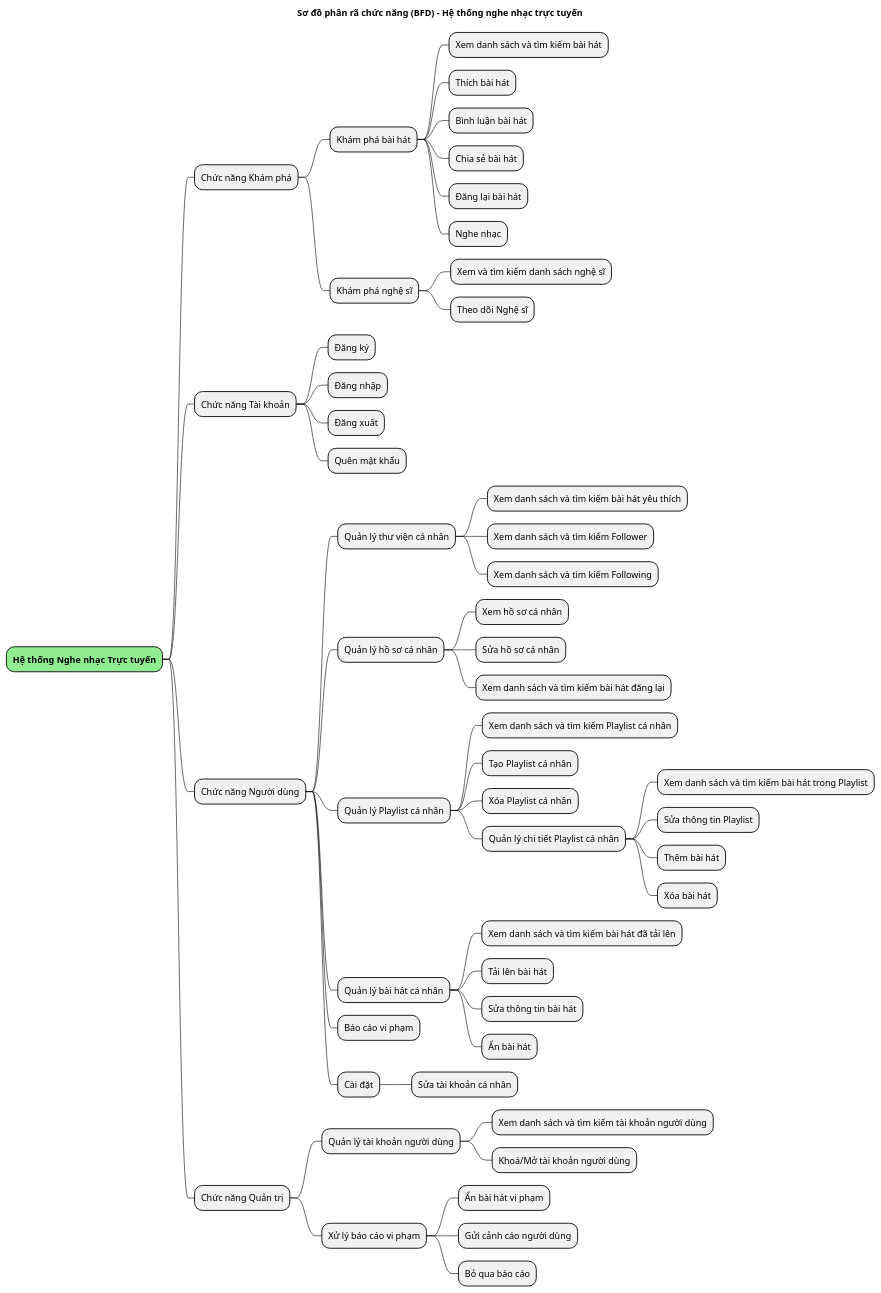
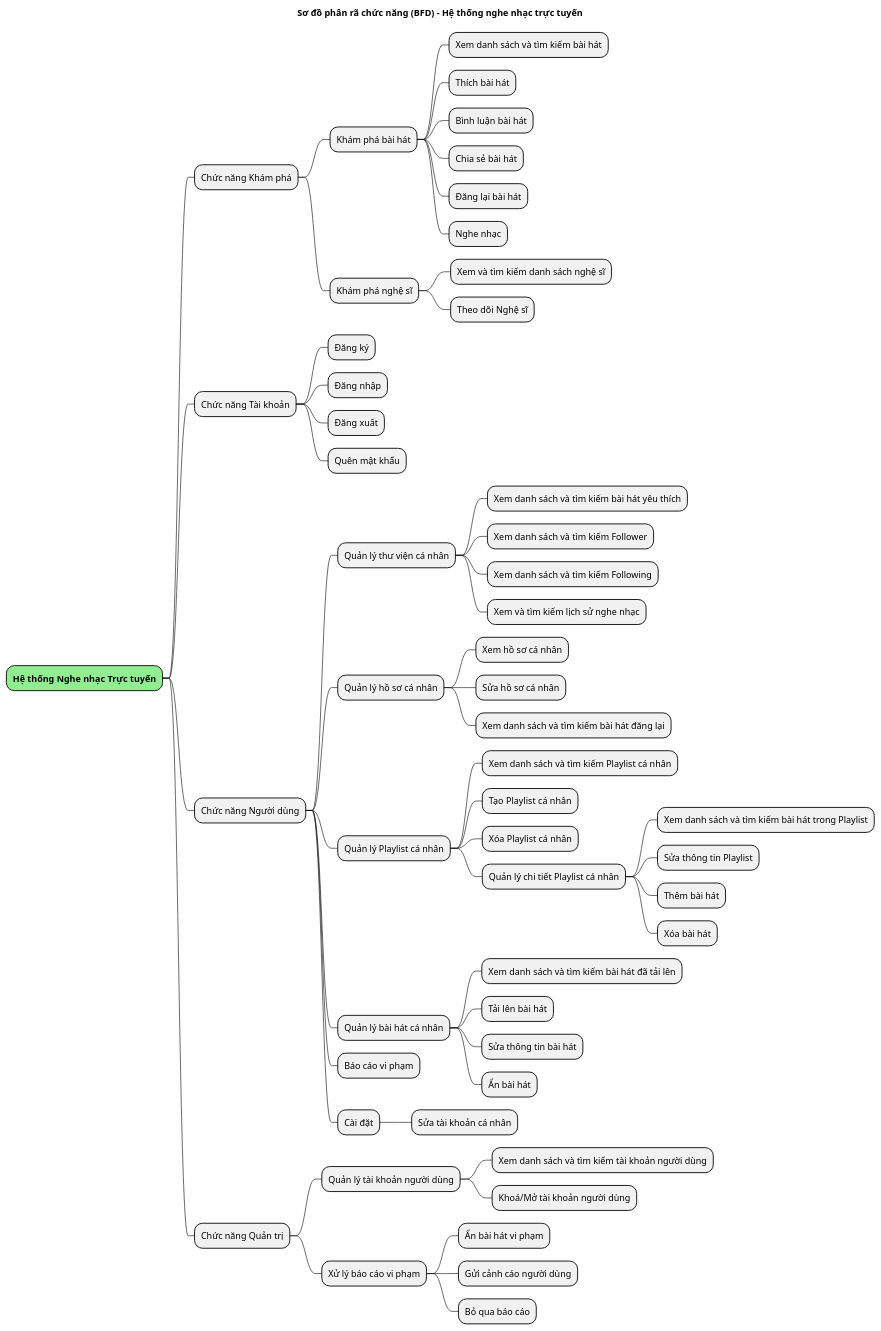
One commit to vinh047/soundwave changed the diagram in Diagrams/BFD.plantuml. Above: the diagram before and after it, drawn with PlantUML. The commit also changed 5 other files, not shown here.

Commit message:
Thêm chức năng lịch sử nghe nhạc vào sơ đồ

```diff
--- a/Diagrams/BFD.plantuml
+++ b/Diagrams/BFD.plantuml
@@ -1,56 +1,57 @@
 @startmindmap BFD
 title Sơ đồ phân rã chức năng (BFD) - Hệ thống nghe nhạc trực tuyến
 
 *[#lightgreen] **Hệ thống Nghe nhạc Trực tuyến**
 ** Chức năng Khám phá
 *** Khám phá bài hát
 **** Xem danh sách và tìm kiếm bài hát
 **** Thích bài hát
 **** Bình luận bài hát
 **** Chia sẻ bài hát
 **** Đăng lại bài hát
 **** Nghe nhạc
 *** Khám phá nghệ sĩ
 **** Xem và tìm kiếm danh sách nghệ sĩ
 **** Theo dõi Nghệ sĩ
 ** Chức năng Tài khoản
 *** Đăng ký
 *** Đăng nhập
 *** Đăng xuất
 *** Quên mật khẩu
 ** Chức năng Người dùng
 *** Quản lý thư viện cá nhân
 **** Xem danh sách và tìm kiếm bài hát yêu thích
 **** Xem danh sách và tìm kiếm Follower
 **** Xem danh sách và tìm kiếm Following
+**** Xem và tìm kiếm lịch sử nghe nhạc
 *** Quản lý hồ sơ cá nhân
 **** Xem hồ sơ cá nhân
 **** Sửa hồ sơ cá nhân
 **** Xem danh sách và tìm kiếm bài hát đăng lại
 *** Quản lý Playlist cá nhân
 **** Xem danh sách và tìm kiếm Playlist cá nhân
 **** Tạo Playlist cá nhân
 **** Xóa Playlist cá nhân
 **** Quản lý chi tiết Playlist cá nhân
 ***** Xem danh sách và tìm kiếm bài hát trong Playlist
 ***** Sửa thông tin Playlist
 ***** Thêm bài hát
 ***** Xóa bài hát
 *** Quản lý bài hát cá nhân
 **** Xem danh sách và tìm kiếm bài hát đã tải lên
 **** Tải lên bài hát
 **** Sửa thông tin bài hát
 **** Ẩn bài hát
 *** Báo cáo vi phạm
 *** Cài đặt
 **** Sửa tài khoản cá nhân
 ** Chức năng Quản trị
 *** Quản lý tài khoản người dùng
 **** Xem danh sách và tìm kiếm tài khoản người dùng
 **** Khoá/Mở tài khoản người dùng
 *** Xử lý báo cáo vi phạm
 **** Ẩn bài hát vi phạm
 **** Gửi cảnh cáo người dùng
 **** Bỏ qua báo cáo
 
 @endmindmap
```
